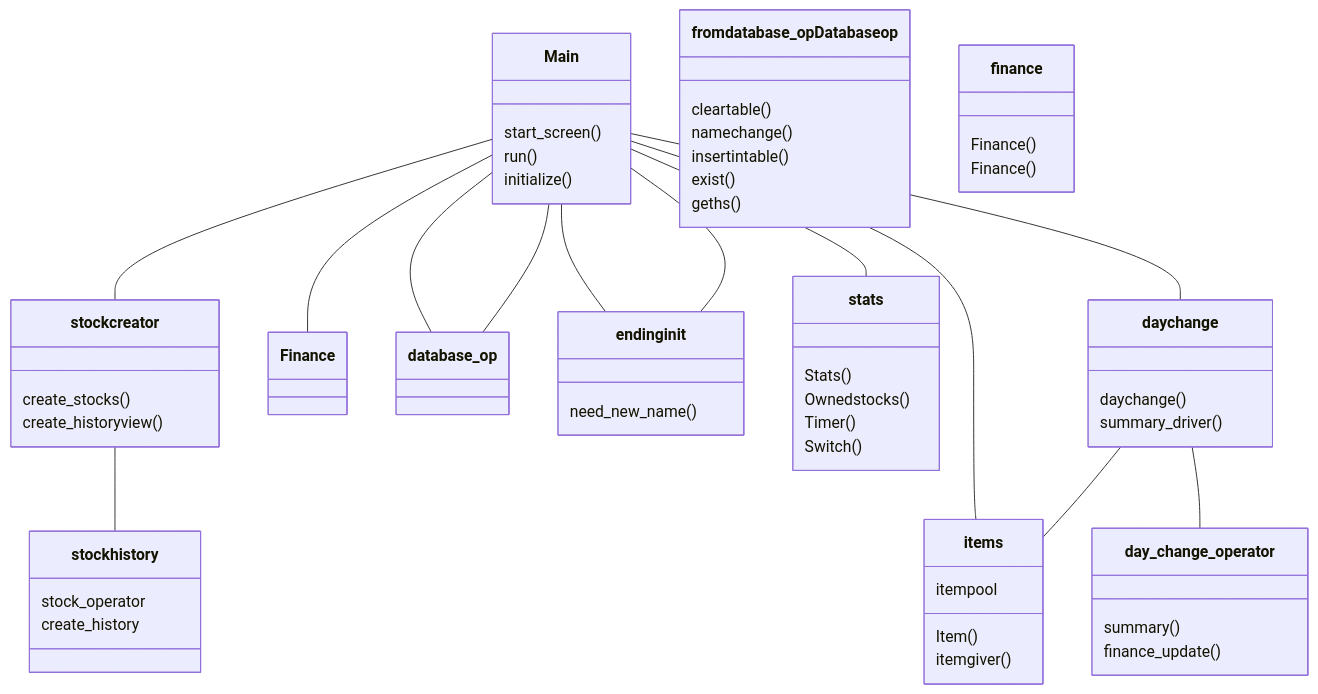
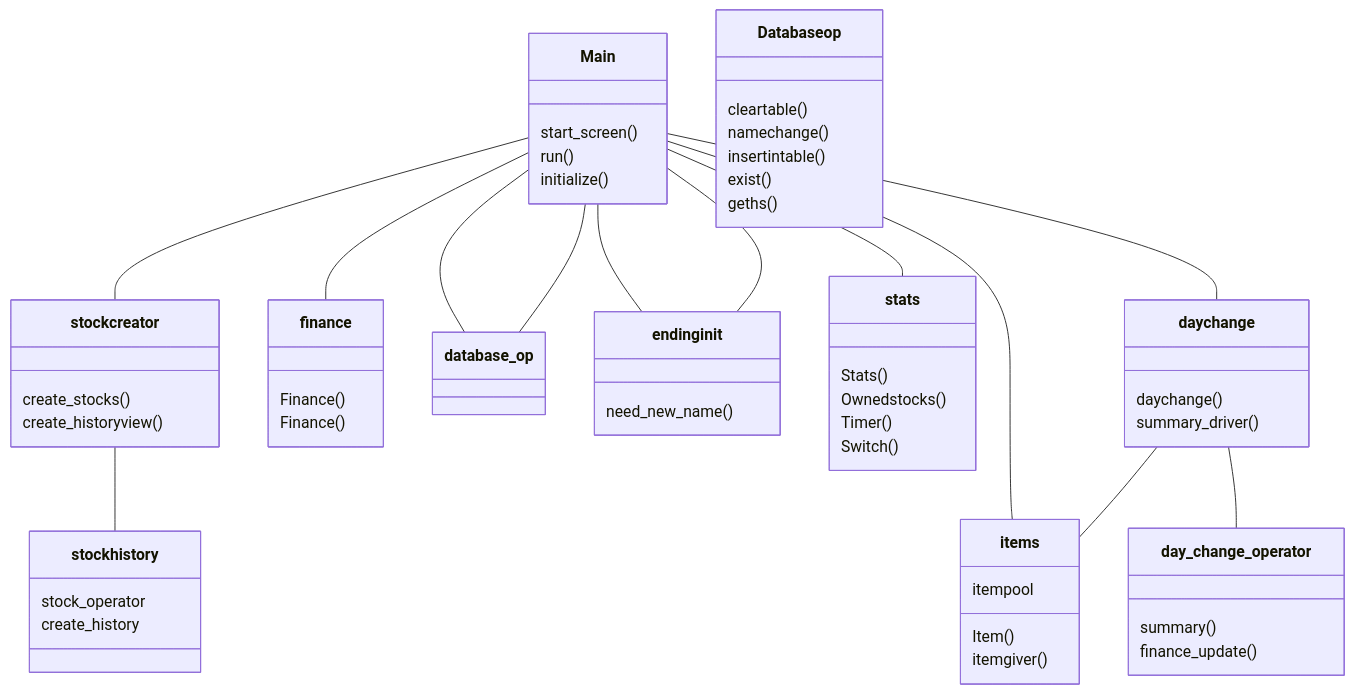
The second of 6 diagrams in dokumentaatio/arkkitehtuuri.md (sepaww/ot-harjoitustyo), drawn with Mermaid before and after one commit.

````diff
--- a/dokumentaatio/arkkitehtuuri.md
+++ b/dokumentaatio/arkkitehtuuri.md
@@ -96,71 +96,71 @@
  ```mermaid
  classDiagram
       Main -- stockcreator
-       Main -- Finance
+       Main -- finance
         Main -- items
          Main -- database_op
          Main -- endinginit
          Main -- stats
          Main -- daychange
          Main -- endinginit
          Main -- database_op
          daychange -- day_change_operator
          daychange -- items
       class Main{
           start_screen()
           run()
           initialize()
       }
       class items{
           Item()
           itempool
           itemgiver()
       }
       stockcreator -- stockhistory
       class stockcreator{
           create_stocks()
           create_historyview()
           
       }
       
       class stockhistory{
           stock_operator
           create_history
           
       }
       
-      class from database_op Databaseop{
+      class Databaseop{
           cleartable()
           namechange()
           insertintable()
           exist()
           geths()
           
       }
       
       class finance{
           Finance()
       }
       class stats{
       Stats()
       Ownedstocks()
       Timer()
       Switch()
           
       }
       class finance{
       Finance()
       }
       class daychange{
       daychange()
       summary_driver()
       }
       class day_change_operator{
       summary()
       finance_update()
       }
       class endinginit{
       need_new_name()
       }
       
 ```
````
